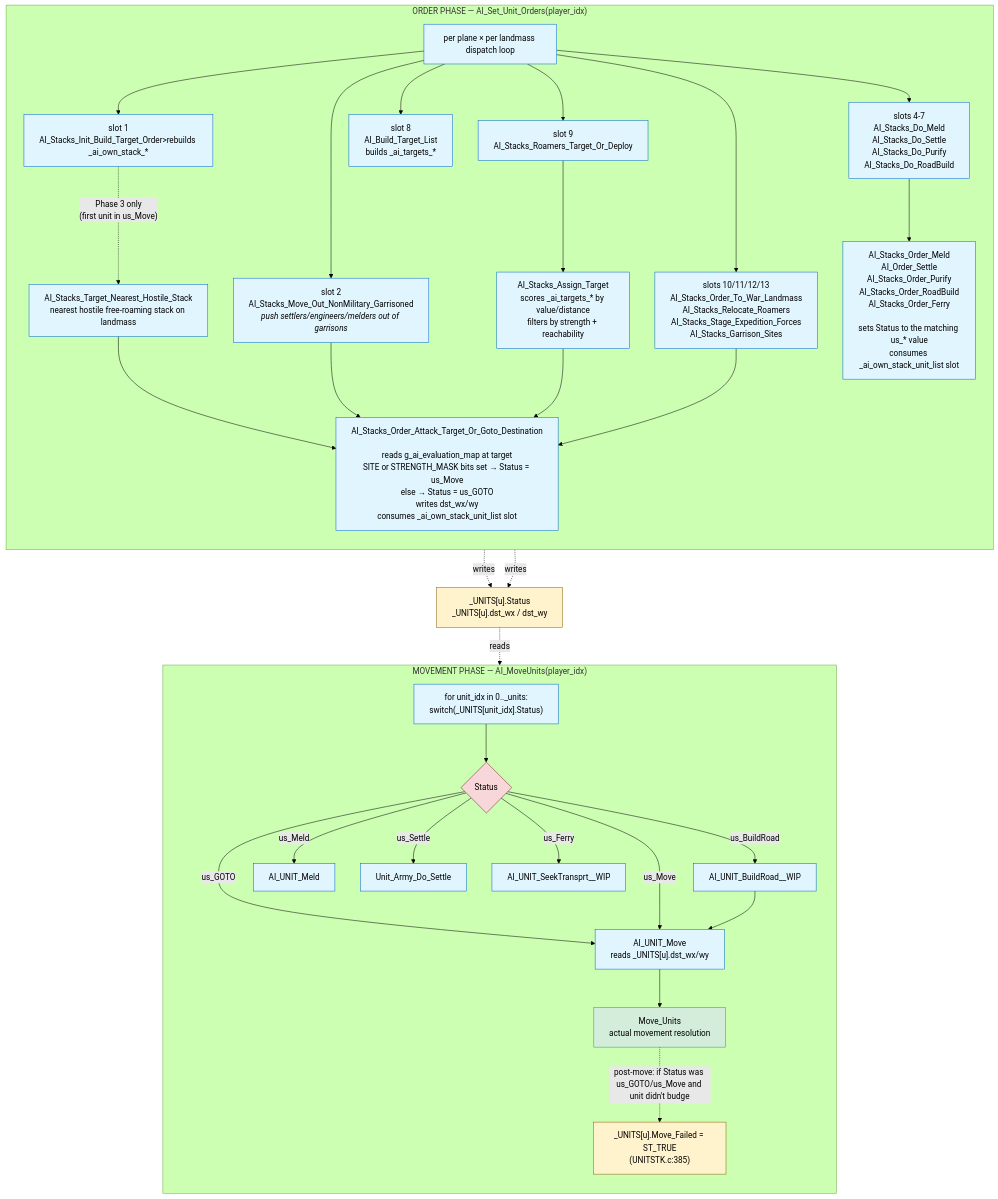
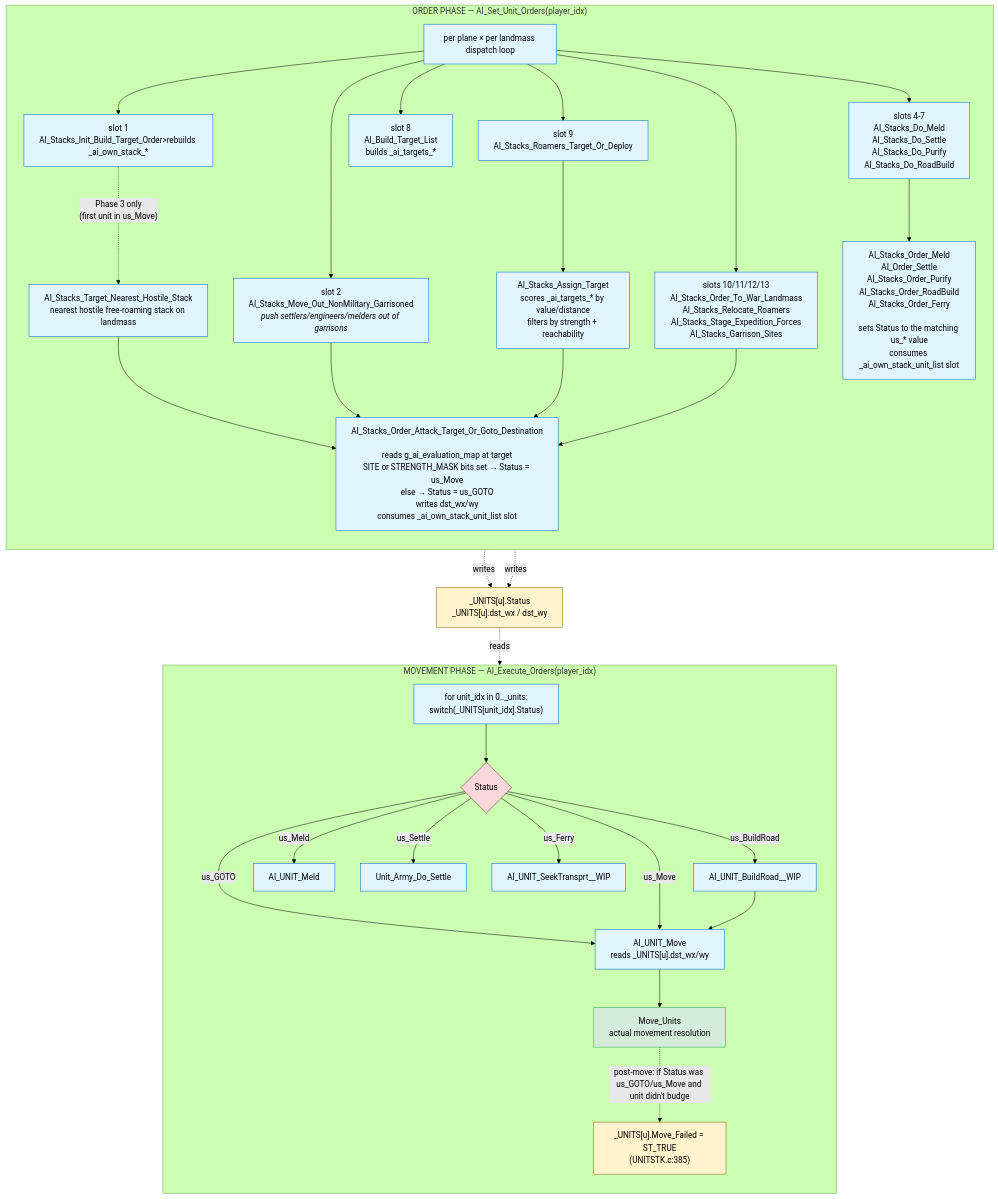
One commit to jbalcomb/ReMoM changed the second of 3 diagrams in doc/ComputerPlayer/AI-Turn-Diagrams.md. Above: the diagram before and after it, drawn with Mermaid (forest theme). The commit also changed other lines of this file and 13 other files, not shown here.

Commit message:
done-done AI_Execute_Orders()

````diff
--- a/doc/ComputerPlayer/AI-Turn-Diagrams.md
+++ b/doc/ComputerPlayer/AI-Turn-Diagrams.md
@@ -39,56 +39,56 @@
 ```mermaid
 flowchart TD
     classDef phase fill:#f5f5f5,stroke:#666,stroke-width:2px,color:#000
     classDef func fill:#e1f5ff,stroke:#0066cc,color:#000
     classDef state fill:#fff3cd,stroke:#856404,color:#000
     classDef terminal fill:#d4edda,stroke:#28a745,color:#000
     classDef gate fill:#f8d7da,stroke:#721c24,color:#000
 
     subgraph PhaseOrders["ORDER PHASE — AI_Set_Unit_Orders(player_idx)"]
         direction TB
         Dispatch["per plane × per landmass dispatch loop"]:::func
 
         Dispatch --> Slot1["slot 1<br/>AI_Stacks_Init_Build_Target_Order>rebuilds _ai_own_stack_*</i>"]:::func
         Dispatch --> Slot2["slot 2<br/>AI_Stacks_Move_Out_NonMilitary_Garrisoned<br/><i>push settlers/engineers/melders out of garrisons</i>"]:::func
         Dispatch --> Slots4_7["slots 4-7<br/>AI_Stacks_Do_Meld<br/>AI_Stacks_Do_Settle<br/>AI_Stacks_Do_Purify<br/>AI_Stacks_Do_RoadBuild"]:::func
         Dispatch --> Slot8["slot 8<br/>AI_Build_Target_List<br/>builds _ai_targets_*"]:::func
         Dispatch --> Slot9["slot 9<br/>AI_Stacks_Roamers_Target_Or_Deploy"]:::func
         Dispatch --> SlotsRally["slots 10/11/12/13<br/>AI_Stacks_Order_To_War_Landmass<br/>AI_Stacks_Relocate_Roamers<br/>AI_Stacks_Stage_Expedition_Forces<br/>AI_Stacks_Garrison_Sites"]:::func
 
         Slot1 -. "Phase 3 only<br/>(first unit in us_Move)" .-> FindNearest["AI_Stacks_Target_Nearest_Hostile_Stack<br/>nearest hostile free-roaming stack on landmass"]:::func
         FindNearest --> SetTgt
 
         Slot2 --> SetTgt
         Slot9 --> AssignTgt["AI_Stacks_Assign_Target<br/>scores _ai_targets_* by value/distance<br/>filters by strength + reachability"]:::func
         AssignTgt --> SetTgt
         SlotsRally --> SetTgt
 
         SetTgt["AI_Stacks_Order_Attack_Target_Or_Goto_Destination<br/><br/>reads g_ai_evaluation_map at target<br/>SITE or STRENGTH_MASK bits set → Status = us_Move<br/>else → Status = us_GOTO<br/>writes dst_wx/wy<br/>consumes _ai_own_stack_unit_list slot"]:::func
 
         Slots4_7 --> OrderXxx["AI_Stacks_Order_Meld<br/>AI_Order_Settle<br/>AI_Stacks_Order_Purify<br/>AI_Stacks_Order_RoadBuild<br/>AI_Stacks_Order_Ferry<br/><br/>sets Status to the matching us_* value<br/>consumes _ai_own_stack_unit_list slot"]:::func
     end
 
     SetTgt -. "writes" .-> UnitFields
     OrderXxx -. "writes" .-> UnitFields
 
     UnitFields["_UNITS[u].Status<br/>_UNITS[u].dst_wx / dst_wy"]:::state
 
-    subgraph PhaseMove["MOVEMENT PHASE — AI_MoveUnits(player_idx)"]
+    subgraph PhaseMove["MOVEMENT PHASE — AI_Execute_Orders(player_idx)"]
         direction TB
         MoveLoop["for unit_idx in 0.._units:<br/>switch(_UNITS[unit_idx].Status)"]:::func
         MoveLoop --> StatusGate{Status}:::gate
         StatusGate -- "us_GOTO" --> UnitMove
         StatusGate -- "us_Move" --> UnitMove
         StatusGate -- "us_BuildRoad" --> BuildRoad["AI_UNIT_BuildRoad__WIP"]:::func
         BuildRoad --> UnitMove
         StatusGate -- "us_Meld" --> UnitMeld["AI_UNIT_Meld"]:::func
         StatusGate -- "us_Settle" --> UnitSettle["Unit_Army_Do_Settle"]:::func
         StatusGate -- "us_Ferry" --> UnitSeek["AI_UNIT_SeekTransprt__WIP"]:::func
 
         UnitMove["AI_UNIT_Move<br/>reads _UNITS[u].dst_wx/wy"]:::func --> MoveUnits["Move_Units<br/>actual movement resolution"]:::terminal
 
         MoveUnits -. "post-move: if Status was us_GOTO/us_Move and unit didn't budge" .-> MoveFailed["_UNITS[u].Move_Failed = ST_TRUE<br/>(UNITSTK.c:385)"]:::state
     end
 
     UnitFields -. "reads" .-> MoveLoop
 ```
````
